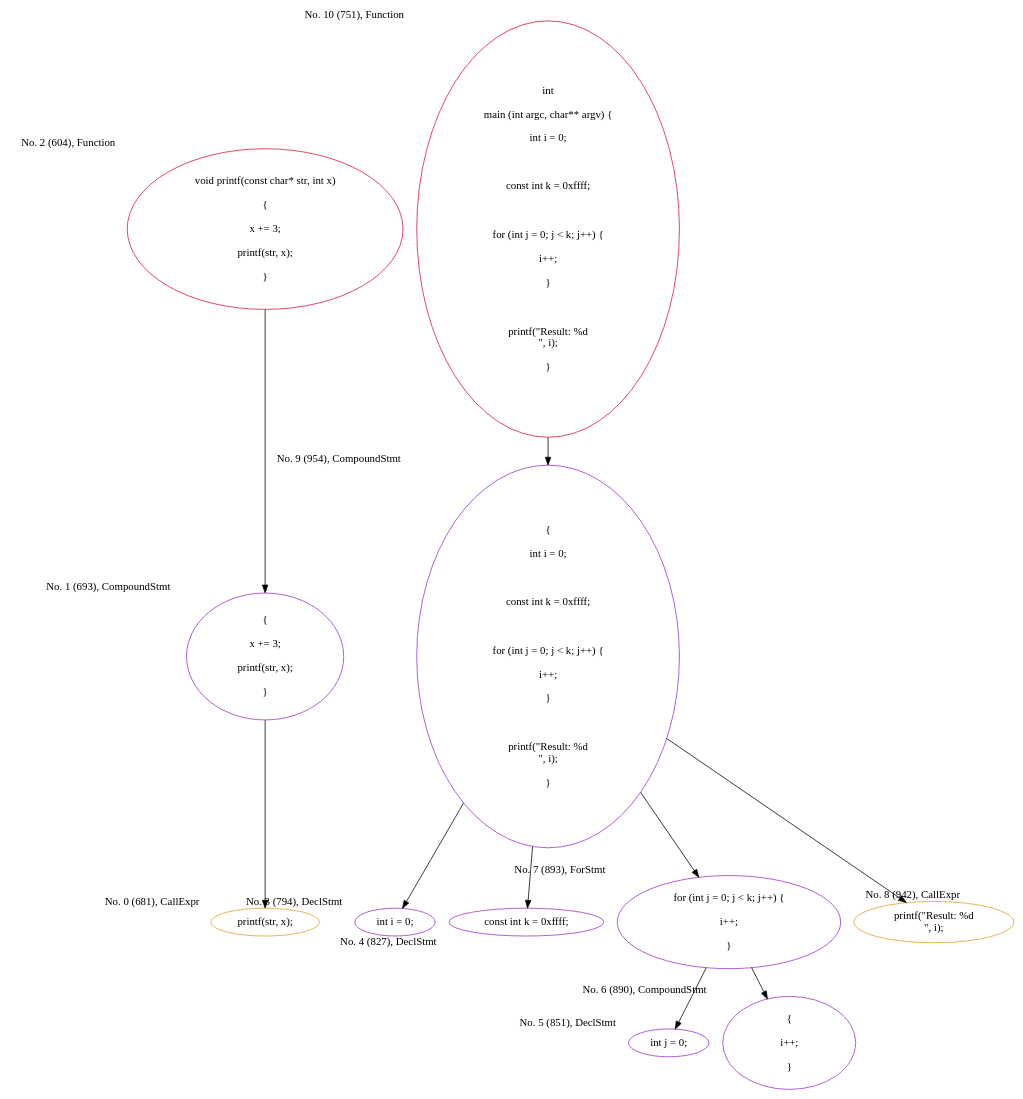
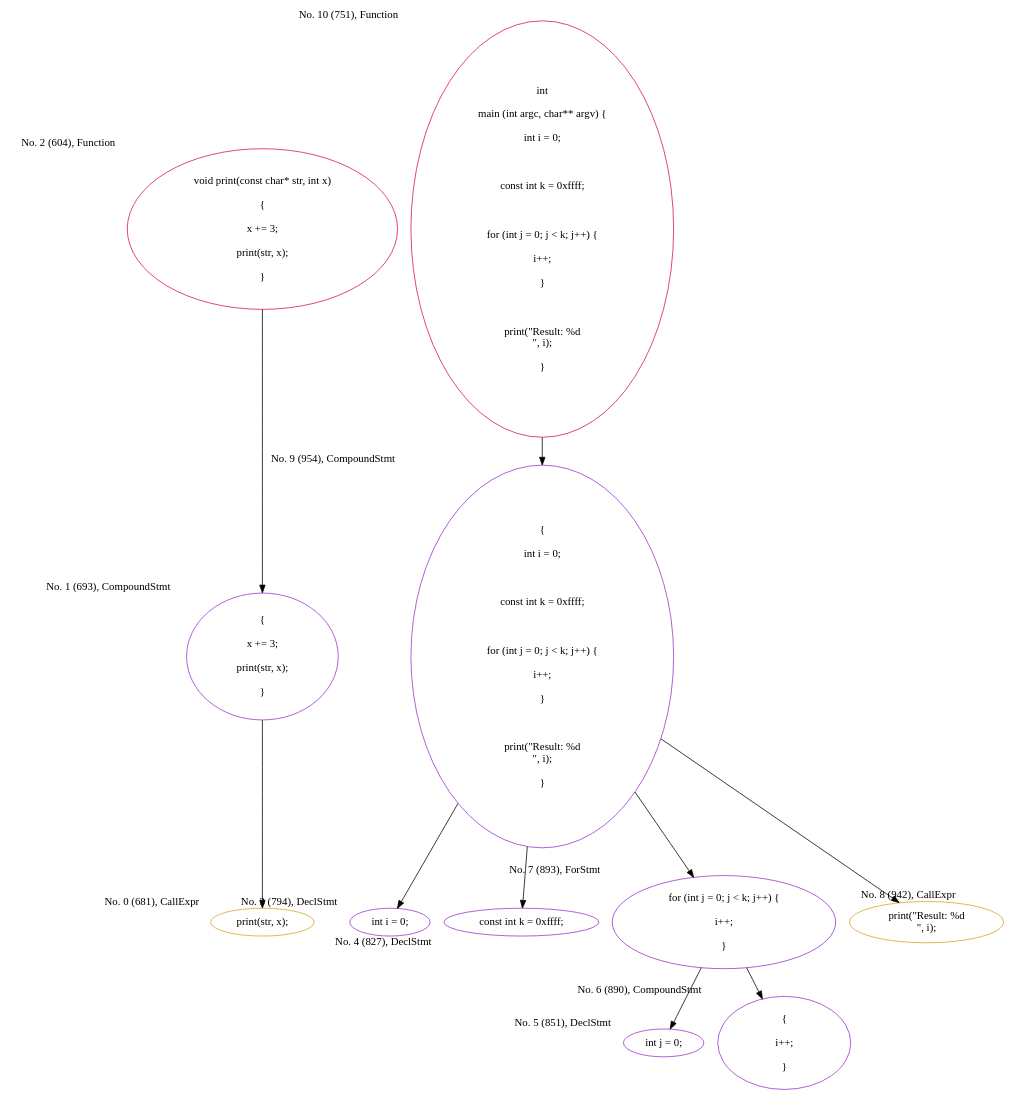
Before and after one commit to leskovde/AutoPIE: the diagram in autopie/AutoPIE/visuals/dotDump_test.dot, drawn with Graphviz. The commit also changed 4 other files, not shown here.

```diff
--- a/autopie/AutoPIE/visuals/dotDump_test.dot
+++ b/autopie/AutoPIE/visuals/dotDump_test.dot
@@ -1,88 +1,88 @@
 digraph g {
 forcelabels=true;
 rankdir=TD;
-0[label="printf(str, x);", xlabel="No. 0 (681), CallExpr", color="goldenrod"];
+0[label="print(str, x);", xlabel="No. 0 (681), CallExpr", color="goldenrod"];
 1[label="{ 
 
 	x += 3;
 
-	printf(str, x);
+	print(str, x);
 
 }", xlabel="No. 1 (693), CompoundStmt", color="darkorchid"];
-2[label="void printf(const char* str, int x) 
+2[label="void print(const char* str, int x) 
 
 { 
 
 	x += 3;
 
-	printf(str, x);
+	print(str, x);
 
 }", xlabel="No. 2 (604), Function", color="crimson"];
 3[label="int i = 0;", xlabel="No. 3 (794), DeclStmt", color="darkorchid"];
 4[label="const int k = 0xffff;", xlabel="No. 4 (827), DeclStmt", color="darkorchid"];
 5[label="int j = 0;", xlabel="No. 5 (851), DeclStmt", color="darkorchid"];
 6[label="{
 
 		i++;
 
 	}", xlabel="No. 6 (890), CompoundStmt", color="darkorchid"];
 7[label="for (int j = 0; j < k; j++) {
 
 		i++;
 
 	}", xlabel="No. 7 (893), ForStmt", color="darkorchid"];
-8[label="printf(\"Result: %d\n\", i);", xlabel="No. 8 (942), CallExpr", color="goldenrod"];
+8[label="print(\"Result: %d\n\", i);", xlabel="No. 8 (942), CallExpr", color="goldenrod"];
 9[label="{
 
 	int i = 0;
 
 	
 
 	const int k = 0xffff;
 
 
 
 	for (int j = 0; j < k; j++) {
 
 		i++;
 
 	}
 
 
 
-	printf(\"Result: %d\n\", i);
+	print(\"Result: %d\n\", i);
 
 }", xlabel="No. 9 (954), CompoundStmt", color="darkorchid"];
 10[label="int
 
 main (int argc, char** argv) {
 
 	int i = 0;
 
 	
 
 	const int k = 0xffff;
 
 
 
 	for (int j = 0; j < k; j++) {
 
 		i++;
 
 	}
 
 
 
-	printf(\"Result: %d\n\", i);
+	print(\"Result: %d\n\", i);
 
 }", xlabel="No. 10 (751), Function", color="crimson"];
 9 -> 3;
 9 -> 4;
 9 -> 7;
 9 -> 8;
 1 -> 0;
 10 -> 9;
 2 -> 1;
 7 -> 5;
 7 -> 6;
 }
```
